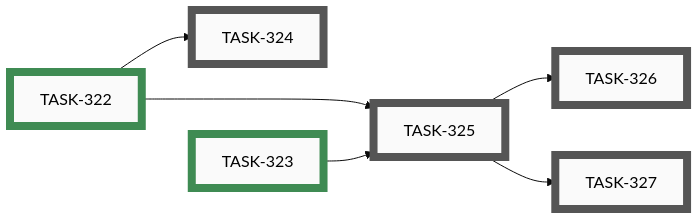
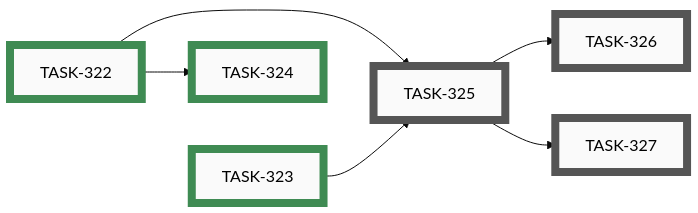
One commit to tgd1975/AwesomeStudioPedal changed the seventh of 8 diagrams in docs/developers/tasks/EPICS.md. Above: the diagram before and after it, drawn with Mermaid (base theme). The commit also changed other lines of this file and 5 other files, not shown here.

````diff
--- a/docs/developers/tasks/EPICS.md
+++ b/docs/developers/tasks/EPICS.md
@@ -243,29 +243,29 @@
 ```mermaid
 graph LR
-    TASK_324["TASK-324"]:::open
     TASK_325["TASK-325"]:::open
     TASK_326["TASK-326"]:::open
     TASK_327["TASK-327"]:::open
     TASK_322["TASK-322"]:::closed
     TASK_323["TASK-323"]:::closed
-    TASK_322 --> TASK_324
+    TASK_324["TASK-324"]:::closed
     TASK_322 --> TASK_325
     TASK_323 --> TASK_325
     TASK_325 --> TASK_326
     TASK_325 --> TASK_327
+    TASK_322 --> TASK_324
     TASK_322 ~~~ TASK_323
-    click TASK_324 "open/task-324-update-claudemd-and-add-commit-policy-page.md"
     click TASK_325 "open/task-325-implement-precommit-hook-enforcement.md"
     click TASK_326 "open/task-326-route-other-commit-skills-through-commit.md"
     click TASK_327 "open/task-327-decide-partial-hunk-policy.md"
     click TASK_322 "closed/task-322-decide-commit-provenance-and-bypass-mechanism.md"
     click TASK_323 "closed/task-323-convert-commit-skill-to-pathspec-form.md"
+    click TASK_324 "closed/task-324-update-claudemd-and-add-commit-policy-page.md"
     classDef open    fill:#FAFAFA,stroke:#555,stroke-width:8px,color:#000
     classDef active  fill:#FAFAFA,stroke:#1A6FA8,stroke-width:8px,color:#000
     classDef closed  fill:#FAFAFA,stroke:#3F8B53,stroke-width:8px,color:#000
     classDef paused  fill:#FAFAFA,stroke:#B07810,stroke-width:8px,color:#000
     classDef openExt    fill:#000,stroke:#888,stroke-width:8px,color:#FFF
     classDef activeExt  fill:#000,stroke:#3FA9F5,stroke-width:8px,color:#FFF
     classDef closedExt  fill:#000,stroke:#7CC68A,stroke-width:8px,color:#FFF
     classDef pausedExt  fill:#000,stroke:#F0B030,stroke-width:8px,color:#FFF
 ```
````
